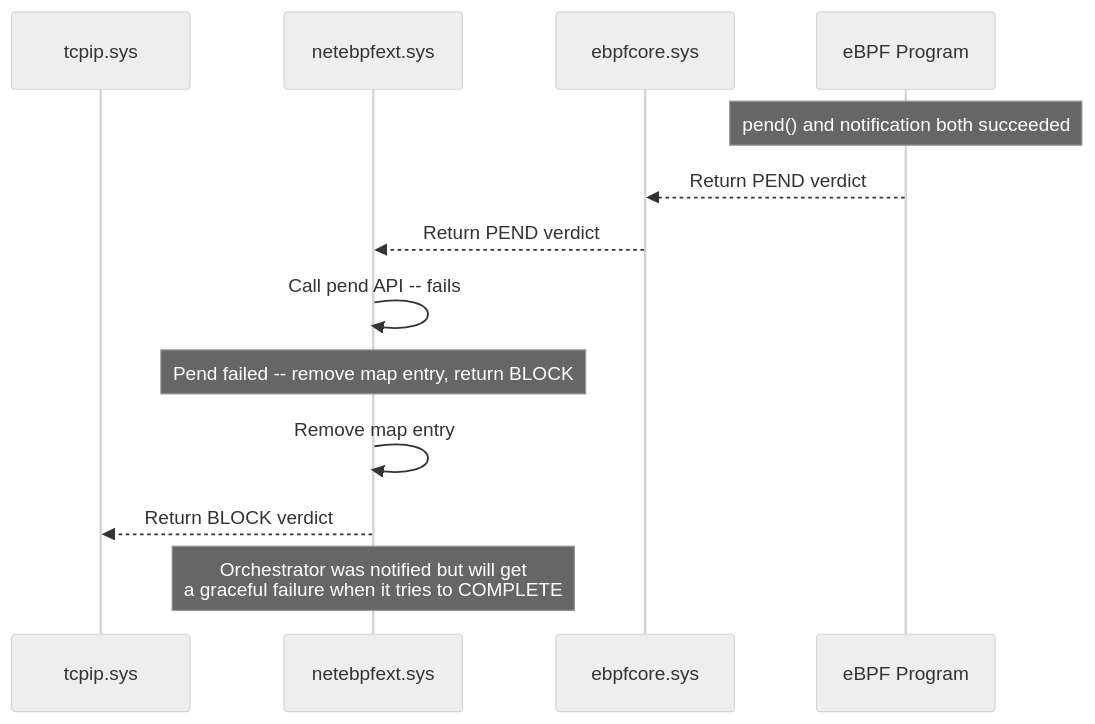
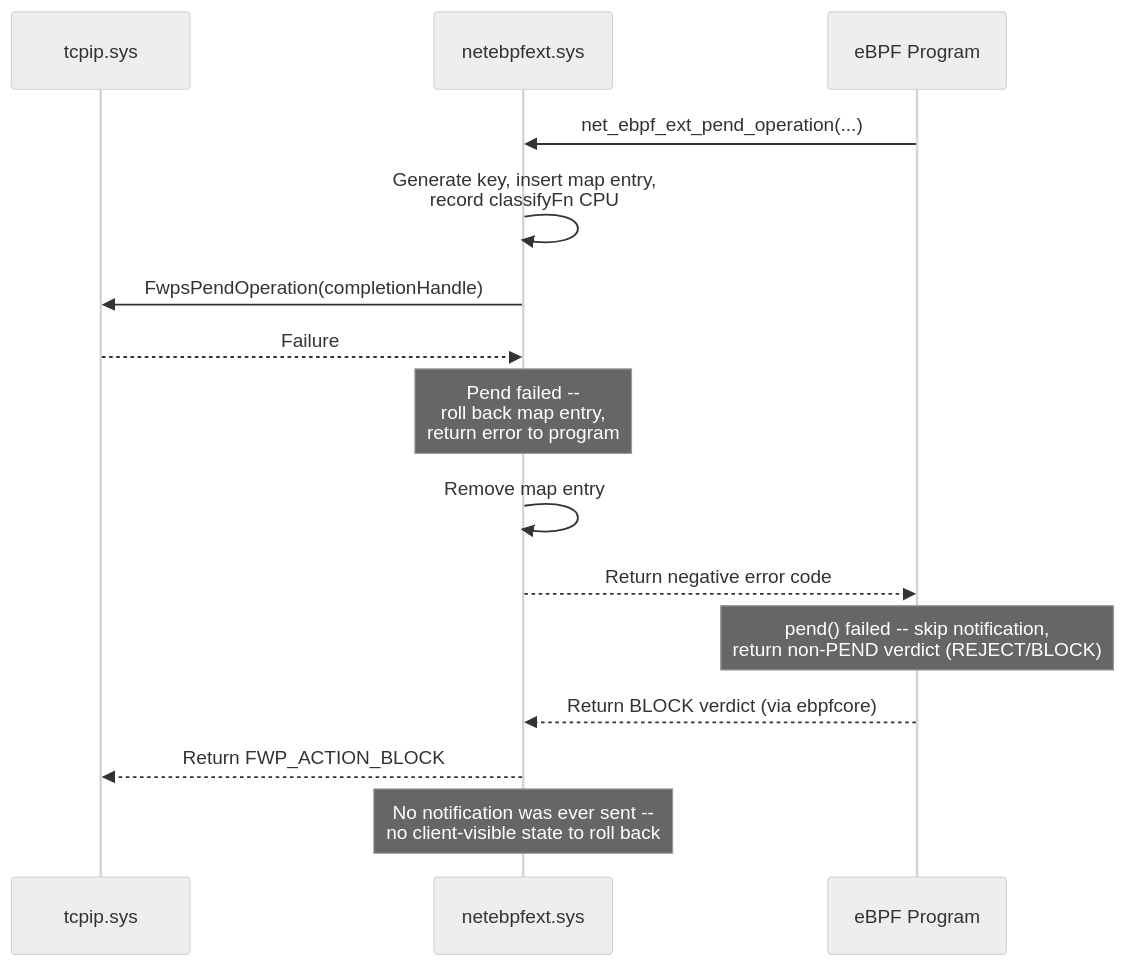
The fifth of 5 diagrams in docs/AsyncProcessing.md (matthewige/ebpf-for-windows), drawn with Mermaid (neutral theme) before and after one commit. The commit also changed other lines of this file, not shown here.

Commit message:
updates - add threadedDPC for completion

````diff
--- a/docs/AsyncProcessing.md
+++ b/docs/AsyncProcessing.md
@@ -635,20 +718,21 @@
 ```mermaid
 sequenceDiagram
     participant tcpip as tcpip.sys
     participant ebpfext as netebpfext.sys
-    participant ebpfcore as ebpfcore.sys
     participant bpfprog as eBPF Program
 
-    Note over bpfprog: pend() and notification both succeeded
+    bpfprog->>ebpfext: net_ebpf_ext_pend_operation(...)
+    ebpfext->>ebpfext: Generate key, insert map entry,<br/>record classifyFn CPU
+    ebpfext->>tcpip: FwpsPendOperation(completionHandle)
+    tcpip-->>ebpfext: Failure
 
-    bpfprog-->>ebpfcore: Return PEND verdict
-    ebpfcore-->>ebpfext: Return PEND verdict
-    ebpfext->>ebpfext: Call pend API -- fails
-
-    Note over ebpfext: Pend failed -- remove map entry, return BLOCK
+    Note over ebpfext: Pend failed --<br/>roll back map entry,<br/>return error to program
 
     ebpfext->>ebpfext: Remove map entry
-    ebpfext-->>tcpip: Return BLOCK verdict
+    ebpfext-->>bpfprog: Return negative error code
 
-    Note over ebpfext: Orchestrator was notified but will get<br/>a graceful failure when it tries to COMPLETE
+    Note over bpfprog: pend() failed -- skip notification,<br/>return non-PEND verdict (REJECT/BLOCK)
+    bpfprog-->>ebpfext: Return BLOCK verdict (via ebpfcore)
+    ebpfext-->>tcpip: Return FWP_ACTION_BLOCK
+    Note over ebpfext: No notification was ever sent --<br/>no client-visible state to roll back
 ```
````
